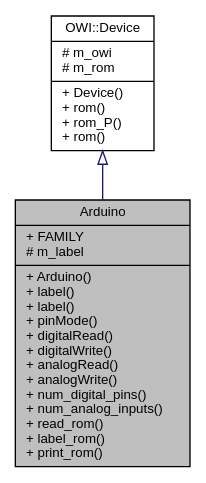
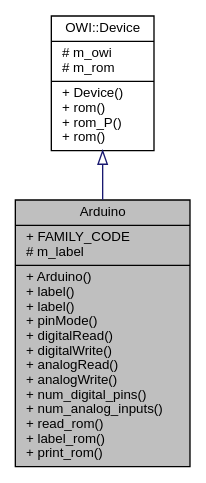
One commit to mikaelpatel/mikaelpatel.github.io changed the diagram in Arduino-OWI/d0/d82/classArduino__inherit__graph.dot. Above: the diagram before and after it, drawn with Graphviz. The commit also changed 174 other files, not shown here.

```diff
--- a/Arduino-OWI/d0/d82/classArduino__inherit__graph.dot
+++ b/Arduino-OWI/d0/d82/classArduino__inherit__graph.dot
@@ -1,8 +1,8 @@
 digraph "Arduino"
 {
   edge [fontname="Helvetica",fontsize="10",labelfontname="Helvetica",labelfontsize="10"];
   node [fontname="Helvetica",fontsize="10",shape=record];
-  Node1 [label="{Arduino\n|+ FAMILY\l# m_label\l|+ Arduino()\l+ label()\l+ label()\l+ pinMode()\l+ digitalRead()\l+ digitalWrite()\l+ analogRead()\l+ analogWrite()\l+ num_digital_pins()\l+ num_analog_inputs()\l+ read_rom()\l+ label_rom()\l+ print_rom()\l}",height=0.2,width=0.4,color="black", fillcolor="grey75", style="filled", fontcolor="black"];
+  Node1 [label="{Arduino\n|+ FAMILY_CODE\l# m_label\l|+ Arduino()\l+ label()\l+ label()\l+ pinMode()\l+ digitalRead()\l+ digitalWrite()\l+ analogRead()\l+ analogWrite()\l+ num_digital_pins()\l+ num_analog_inputs()\l+ read_rom()\l+ label_rom()\l+ print_rom()\l}",height=0.2,width=0.4,color="black", fillcolor="grey75", style="filled", fontcolor="black"];
   Node2 -> Node1 [dir="back",color="midnightblue",fontsize="10",style="solid",arrowtail="onormal",fontname="Helvetica"];
   Node2 [label="{OWI::Device\n|# m_owi\l# m_rom\l|+ Device()\l+ rom()\l+ rom_P()\l+ rom()\l}",height=0.2,width=0.4,color="black", fillcolor="white", style="filled",URL="$d0/d7f/classOWI_1_1Device.html"];
 }
```
